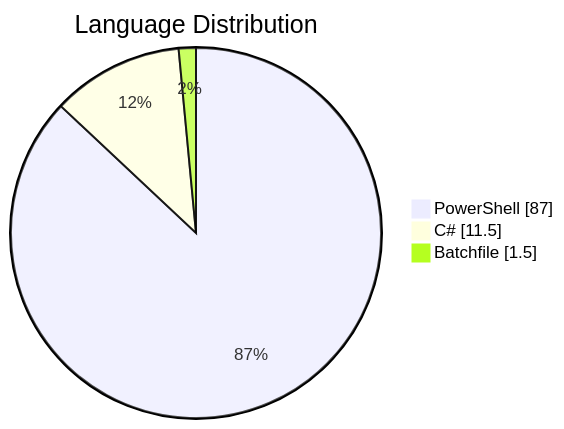
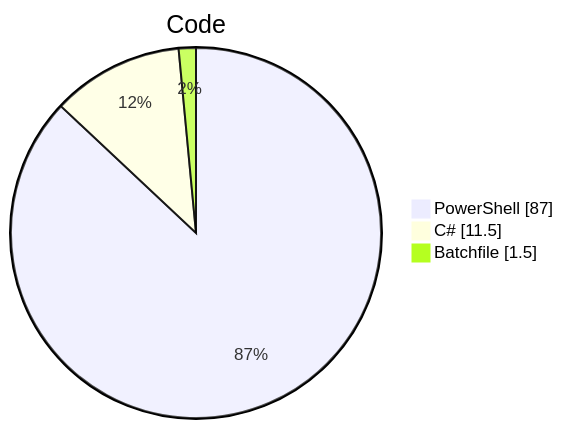
The diagram in README.md (MrNico98/WinHubX), drawn with Mermaid before and after one commit.

````diff
--- a/README.md
+++ b/README.md
@@ -28,7 +28,7 @@
 ```mermaid
 pie showData
-    title Language Distribution
+    title Code
     "PowerShell": 87.0
     "C#": 11.5
     "Batchfile": 1.5
 ```
````
